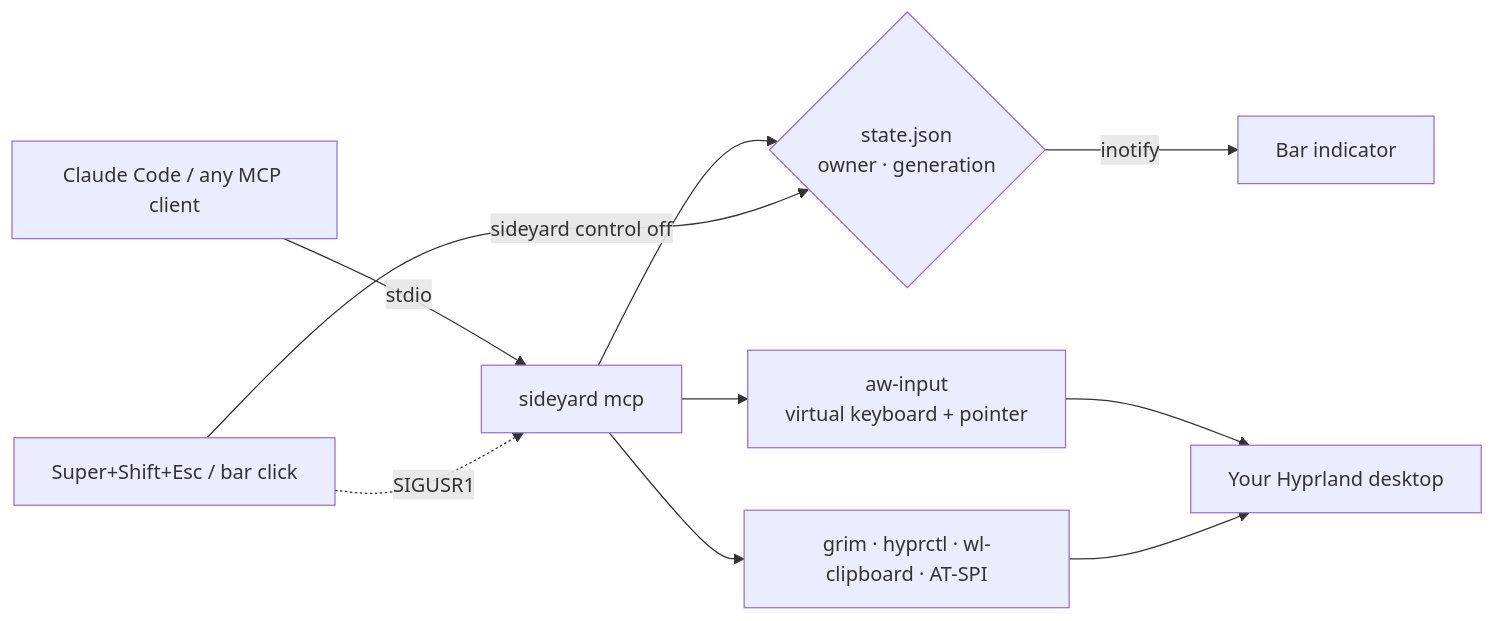
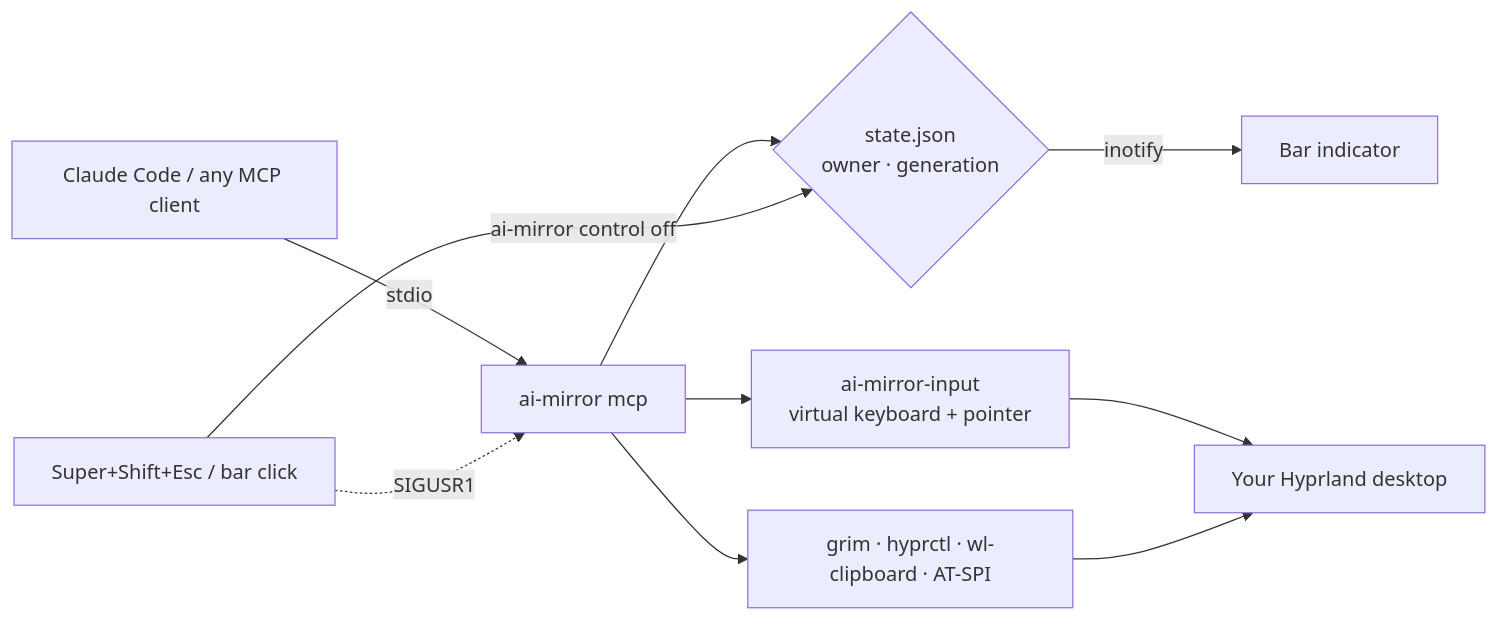
Before and after one commit to olafkfreund/ai-mirror: the diagram in README.md, drawn with Mermaid. The commit also changed other lines of this file and 26 other files, not shown here.

````diff
--- a/README.md
+++ b/README.md
@@ -63,12 +63,12 @@
 ```mermaid
 flowchart LR
-  A[Claude Code / any MCP client] -- stdio --> M[sideyard mcp]
+  A[Claude Code / any MCP client] -- stdio --> M[ai-mirror mcp]
   M --> C{state.json<br/>owner · generation}
-  M --> H[aw-input<br/>virtual keyboard + pointer]
+  M --> H[ai-mirror-input<br/>virtual keyboard + pointer]
   M --> G[grim · hyprctl · wl-clipboard · AT-SPI]
   H --> D[Your Hyprland desktop]
   G --> D
-  K[Super+Shift+Esc / bar click] -- sideyard control off --> C
+  K[Super+Shift+Esc / bar click] -- ai-mirror control off --> C
   K -. SIGUSR1 .-> M
   C -- inotify --> B[Bar indicator]
 ```
````
